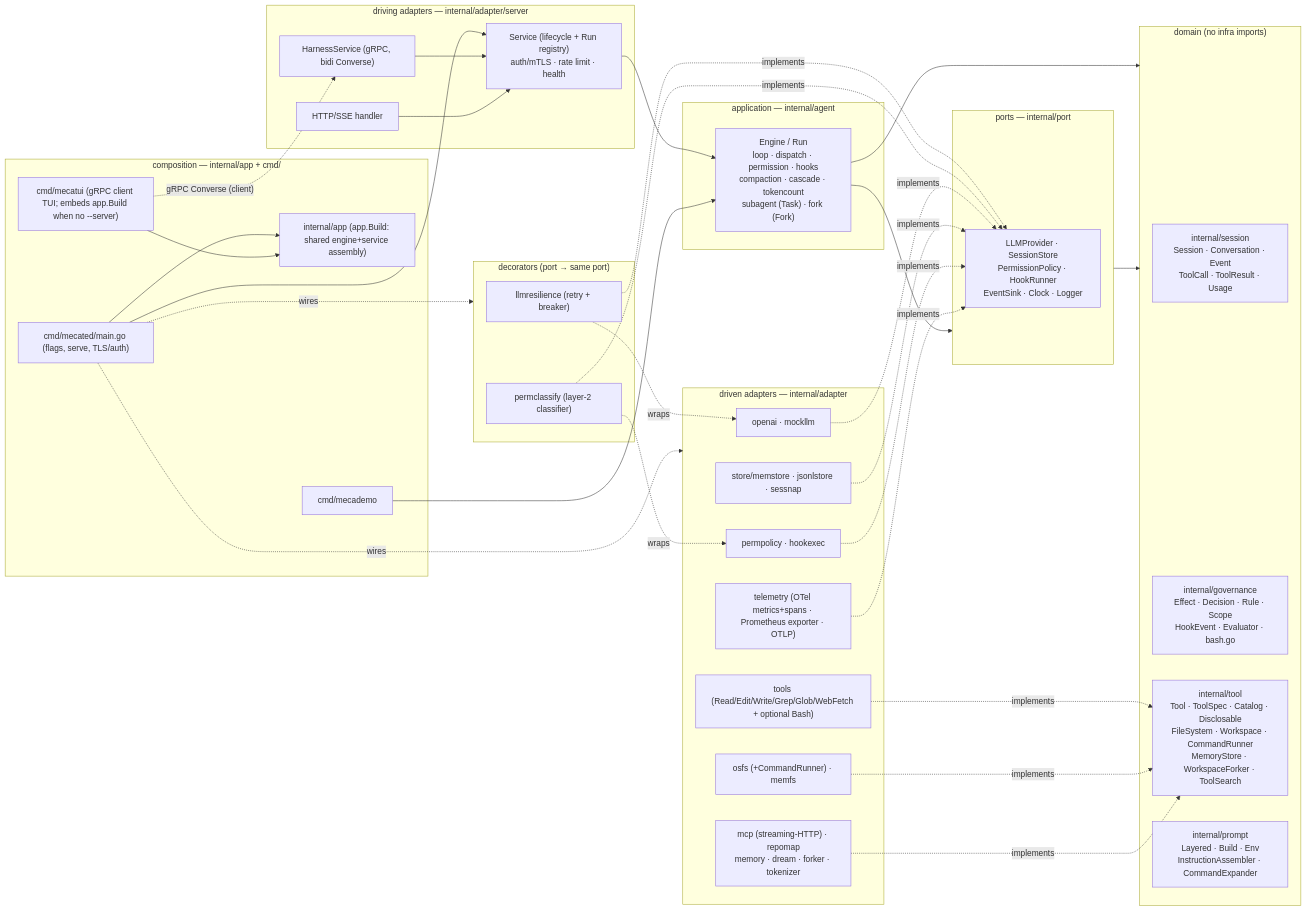
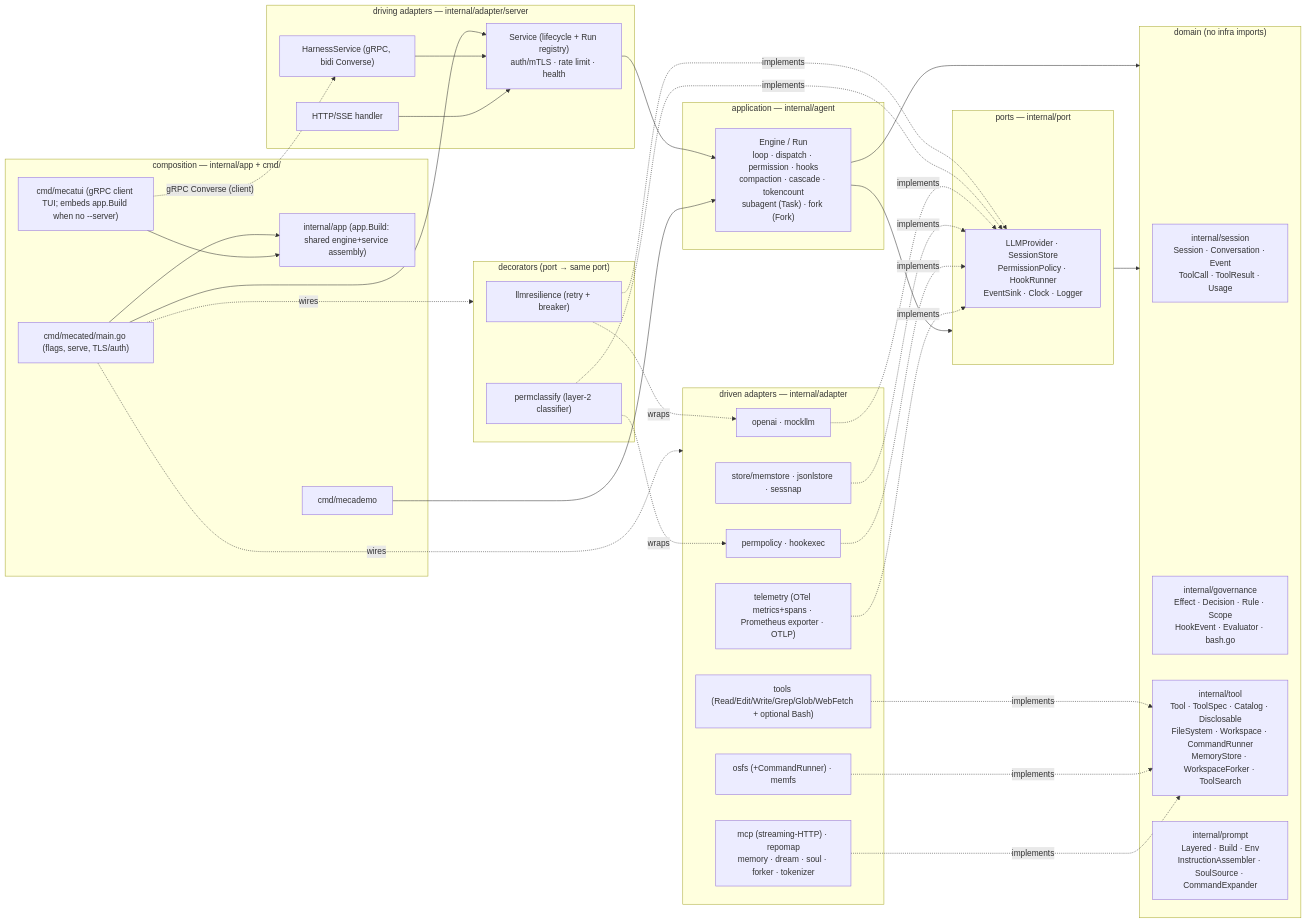
The first of 4 diagrams in docs/architecture.md (sabbanis/mecatl), drawn with Mermaid before and after one commit. The commit also changed other lines of this file and 23 other files, not shown here.

````diff
--- a/docs/architecture.md
+++ b/docs/architecture.md
@@ -41,69 +41,69 @@
 ```mermaid
 flowchart LR
   subgraph CMD["composition — internal/app + cmd/"]
     app["internal/app (app.Build: shared engine+service assembly)"]
     mecated["cmd/mecated/main.go (flags, serve, TLS/auth)"]
     demo["cmd/mecademo"]
     tui["cmd/mecatui (gRPC client TUI; embeds app.Build when no --server)"]
     mecated --> app
     tui --> app
   end
 
   subgraph DRIVING["driving adapters — internal/adapter/server"]
     grpc["HarnessService (gRPC, bidi Converse)"]
     http["HTTP/SSE handler"]
     svc["Service (lifecycle + Run registry)\nauth/mTLS · rate limit · health"]
   end
 
   subgraph APP["application — internal/agent"]
     engine["Engine / Run\nloop · dispatch · permission · hooks\ncompaction · cascade · tokencount\nsubagent (Task) · fork (Fork)"]
   end
 
   subgraph PORTS["ports — internal/port"]
     p["LLMProvider · SessionStore\nPermissionPolicy · HookRunner\nEventSink · Clock · Logger"]
   end
 
   subgraph DOMAIN["domain (no infra imports)"]
     sess["internal/session\nSession · Conversation · Event\nToolCall · ToolResult · Usage"]
     gov["internal/governance\nEffect · Decision · Rule · Scope\nHookEvent · Evaluator · bash.go"]
     tl["internal/tool\nTool · ToolSpec · Catalog · Disclosable\nFileSystem · Workspace · CommandRunner\nMemoryStore · WorkspaceForker · ToolSearch"]
-    pr["internal/prompt\nLayered · Build · Env\nInstructionAssembler · CommandExpander"]
+    pr["internal/prompt\nLayered · Build · Env\nInstructionAssembler · SoulSource · CommandExpander"]
   end
 
   subgraph DECOR["decorators (port → same port)"]
     res["llmresilience (retry + breaker)"]
     pc["permclassify (layer-2 classifier)"]
   end
 
   subgraph DRIVEN["driven adapters — internal/adapter"]
     oai["openai · mockllm"]
     fs["osfs (+CommandRunner) · memfs"]
     st["store/memstore · jsonlstore · sessnap"]
     tools["tools (Read/Edit/Write/Grep/Glob/WebFetch + optional Bash)"]
     pp["permpolicy · hookexec"]
     tel["telemetry (OTel metrics+spans · Prometheus exporter · OTLP)"]
-    ext["mcp (streaming-HTTP) · repomap\nmemory · dream · forker · tokenizer"]
+    ext["mcp (streaming-HTTP) · repomap\nmemory · dream · soul · forker · tokenizer"]
   end
 
   mecated --> svc --> engine
   demo --> engine
   tui -. "gRPC Converse (client)" .-> grpc
   grpc --> svc
   http --> svc
   engine --> PORTS
   engine --> DOMAIN
   PORTS --> DOMAIN
   res -.wraps.-> oai
   res -.implements.-> p
   pc -.wraps.-> pp
   pc -.implements.-> p
   oai -.implements.-> p
   st -.implements.-> p
   pp -.implements.-> p
   tel -.implements.-> p
   tools -.implements.-> tl
   fs -.implements.-> tl
   ext -.implements.-> tl
   mecated -. wires .-> DRIVEN
   mecated -. wires .-> DECOR
 ```
````
